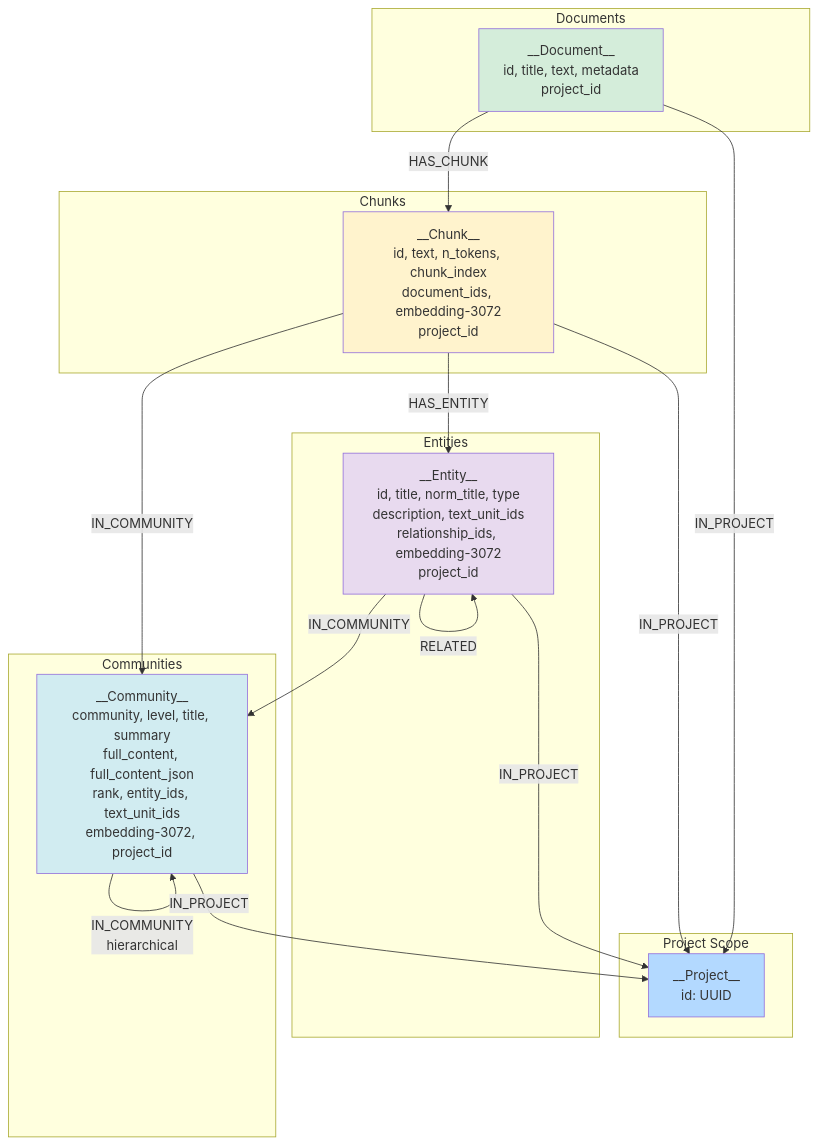
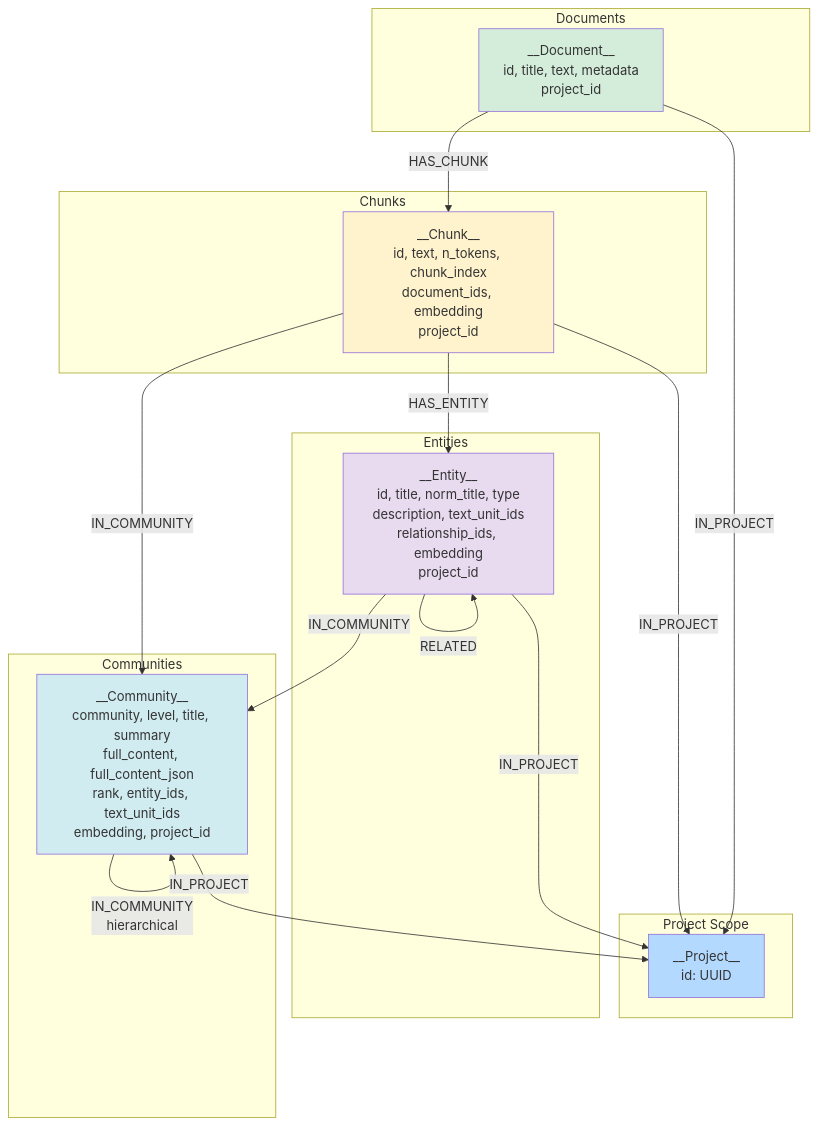
Before and after one commit to vladavilov/playground: the third of 4 diagrams in git-epic-creator/services/neo4j_ingestion_service/README.md, drawn with Mermaid. The commit also changed other lines of this file and 10 other files, not shown here.

````diff
--- a/git-epic-creator/services/neo4j_ingestion_service/README.md
+++ b/git-epic-creator/services/neo4j_ingestion_service/README.md
@@ -130,39 +130,39 @@
 ```mermaid
 graph TB
     subgraph Project Scope
         P[__Project__<br/>id: UUID]
     end
     
     subgraph Documents
         D[__Document__<br/>id, title, text, metadata<br/>project_id]
     end
     
     subgraph Chunks
-        C[__Chunk__<br/>id, text, n_tokens, chunk_index<br/>document_ids, embedding-3072<br/>project_id]
+        C[__Chunk__<br/>id, text, n_tokens, chunk_index<br/>document_ids, embedding<br/>project_id]
     end
     
     subgraph Entities
-        E[__Entity__<br/>id, title, norm_title, type<br/>description, text_unit_ids<br/>relationship_ids, embedding-3072<br/>project_id]
+        E[__Entity__<br/>id, title, norm_title, type<br/>description, text_unit_ids<br/>relationship_ids, embedding<br/>project_id]
     end
     
     subgraph Communities
-        CM[__Community__<br/>community, level, title, summary<br/>full_content, full_content_json<br/>rank, entity_ids, text_unit_ids<br/>embedding-3072, project_id]
+        CM[__Community__<br/>community, level, title, summary<br/>full_content, full_content_json<br/>rank, entity_ids, text_unit_ids<br/>embedding, project_id]
     end
     
     D -->|HAS_CHUNK| C
     C -->|HAS_ENTITY| E
     E -->|RELATED| E
     E -->|IN_COMMUNITY| CM
     C -->|IN_COMMUNITY| CM
     CM -->|IN_COMMUNITY<br/>hierarchical| CM
     D -->|IN_PROJECT| P
     C -->|IN_PROJECT| P
     E -->|IN_PROJECT| P
     CM -->|IN_PROJECT| P
     
     style P fill:#b3d9ff
     style D fill:#d4edda
     style C fill:#fff3cd
     style E fill:#e8daef
     style CM fill:#d1ecf1
 ```
````
